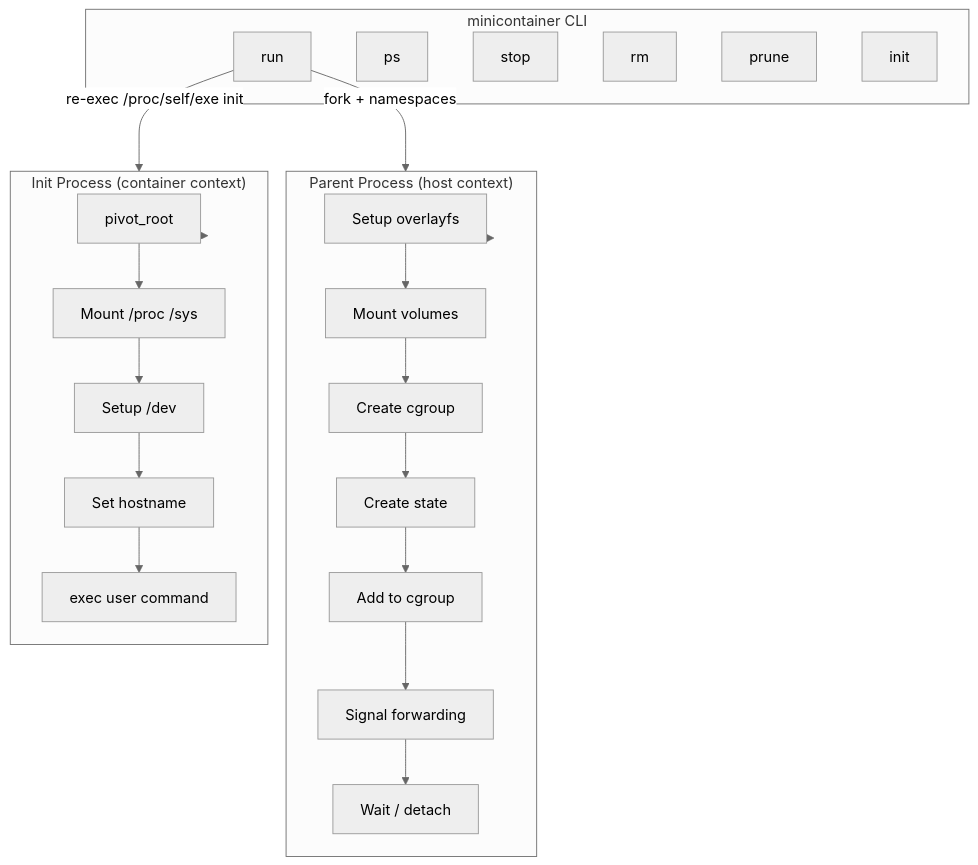
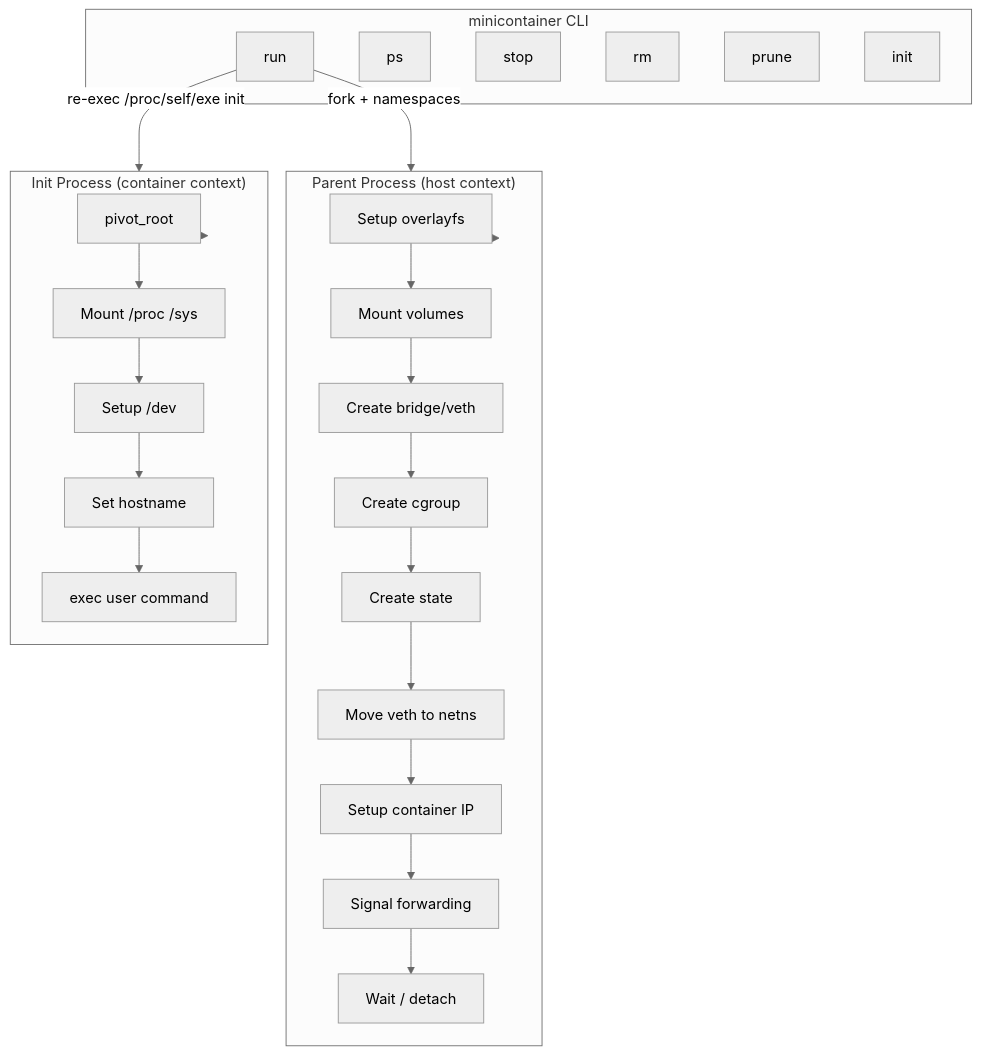
Before and after one commit to hwang-fu/minicontainer: the diagram in README.md, drawn with Mermaid (neutral theme). The commit also changed other lines of this file, not shown here.

````diff
--- a/README.md
+++ b/README.md
@@ -118,34 +128,36 @@
 ```mermaid
 flowchart TB
     subgraph CLI["minicontainer CLI"]
         run[run]
         ps[ps]
         stop[stop]
         rm[rm]
         prune[prune]
         init[init]
     end
 
     subgraph Parent["Parent Process (host context)"]
         P1[Setup overlayfs]
         P2[Mount volumes]
-        P3[Create cgroup]
-        P4[Create state]
-        P5[Add to cgroup]
-        P6[Signal forwarding]
-        P7[Wait / detach]
+        P3[Create bridge/veth]
+        P4[Create cgroup]
+        P5[Create state]
+        P6[Move veth to netns]
+        P7[Setup container IP]
+        P8[Signal forwarding]
+        P9[Wait / detach]
     end
 
     subgraph Child["Init Process (container context)"]
         C1[pivot_root]
         C2[Mount /proc /sys]
         C3[Setup /dev]
         C4[Set hostname]
         C5[exec user command]
     end
 
     run -->|"fork + namespaces"| Parent
     run -->|"re-exec /proc/self/exe init"| Child
-    Parent --> P1 --> P2 --> P3 --> P4 --> P5 --> P6 --> P7
+    Parent --> P1 --> P2 --> P3 --> P4 --> P5 --> P6 --> P7 --> P8 --> P9
     Child --> C1 --> C2 --> C3 --> C4 --> C5
 ```
````
